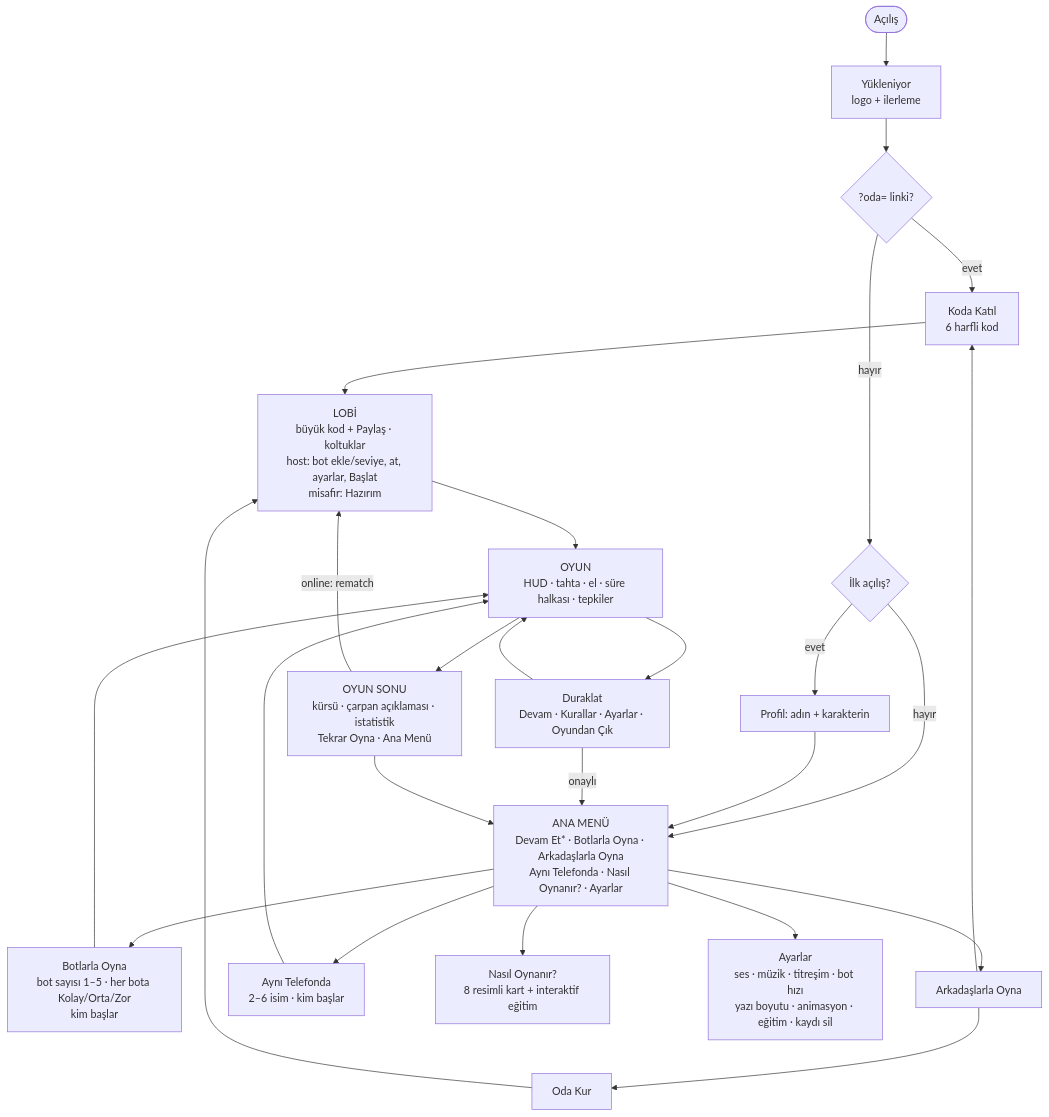
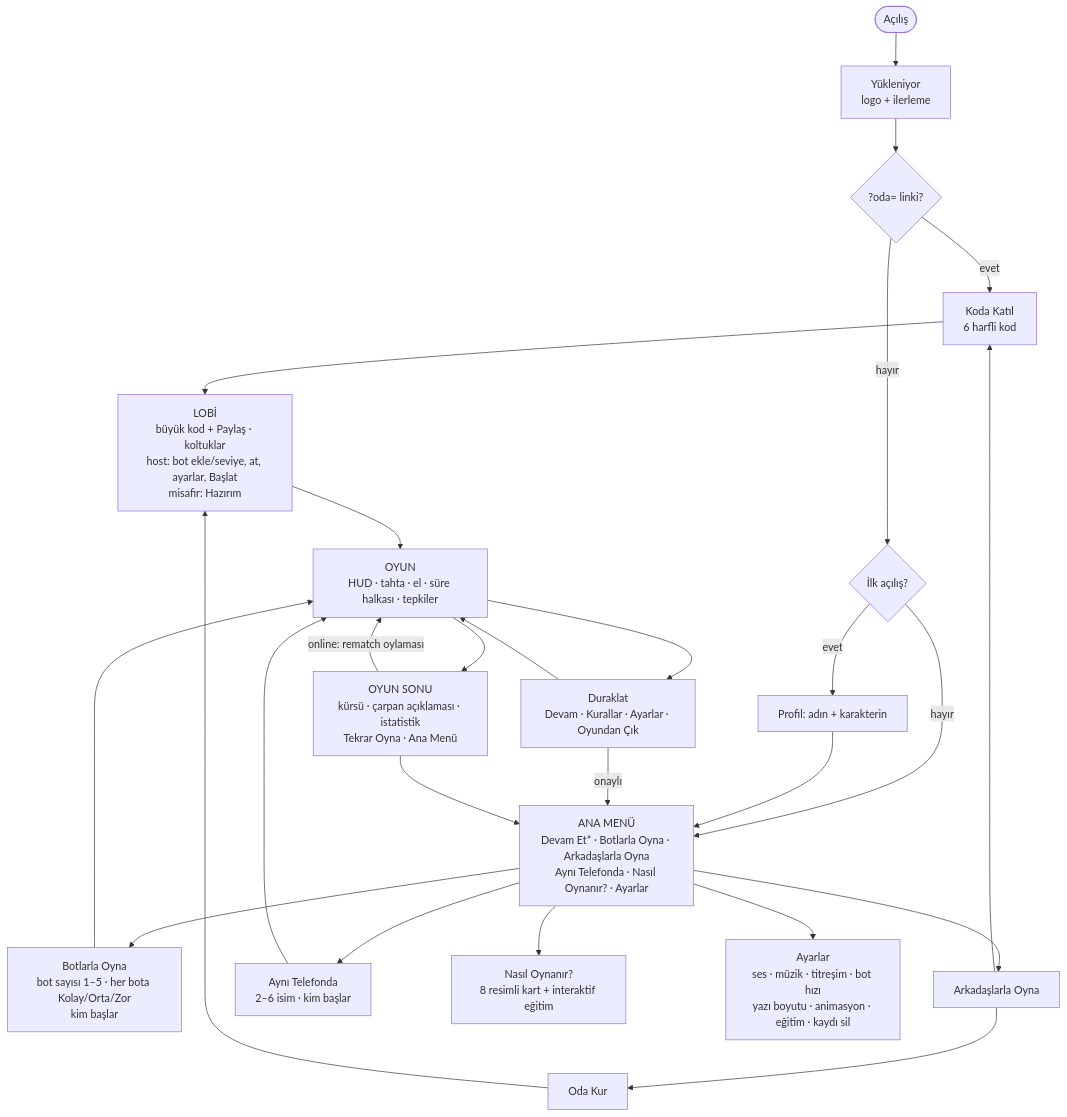
The fifth of 6 diagrams in docs/ARCHITECTURE.md (SSilistre-dev/ahilik-yolu), drawn with Mermaid before and after one commit. The commit also changed other lines of this file, not shown here.

Commit message:
docs(arch): self-hosted Node server on Dokploy, mobile shell, rematch flow

````diff
--- a/docs/ARCHITECTURE.md
+++ b/docs/ARCHITECTURE.md
@@ -270,26 +274,26 @@
 ```mermaid
 flowchart TD
   Boot([Açılış]) --> Splash["Yükleniyor<br/>logo + ilerleme"]
   Splash --> Deep{"?oda= linki?"}
   Deep -- evet --> Join
   Deep -- hayır --> First{"İlk açılış?"}
   First -- evet --> Profile["Profil: adın + karakterin"]
   First -- hayır --> Menu
   Profile --> Menu["ANA MENÜ<br/>Devam Et* · Botlarla Oyna · Arkadaşlarla Oyna<br/>Aynı Telefonda · Nasıl Oynanır? · Ayarlar"]
   Menu --> BotSetup["Botlarla Oyna<br/>bot sayısı 1–5 · her bota Kolay/Orta/Zor<br/>kim başlar"]
   Menu --> Friends["Arkadaşlarla Oyna"]
   Friends --> Create["Oda Kur"] --> Lobby
   Friends --> Join["Koda Katıl<br/>6 harfli kod"] --> Lobby["LOBİ<br/>büyük kod + Paylaş · koltuklar<br/>host: bot ekle/seviye, at, ayarlar, Başlat<br/>misafir: Hazırım"]
   Menu --> Local["Aynı Telefonda<br/>2–6 isim · kim başlar"]
   Menu --> HowTo["Nasıl Oynanır?<br/>8 resimli kart + interaktif eğitim"]
   Menu --> Settings["Ayarlar<br/>ses · müzik · titreşim · bot hızı<br/>yazı boyutu · animasyon · eğitim · kaydı sil"]
   BotSetup --> Game
   Local --> Game
   Lobby --> Game["OYUN<br/>HUD · tahta · el · süre halkası · tepkiler"]
   Game --> Pause["Duraklat<br/>Devam · Kurallar · Ayarlar · Oyundan Çık"]
   Pause --> Game
   Pause -->|onaylı| Menu
   Game --> End["OYUN SONU<br/>kürsü · çarpan açıklaması · istatistik<br/>Tekrar Oyna · Ana Menü"]
-  End -->|online: rematch| Lobby
+  End -->|online: rematch oylaması| Game
   End --> Menu
 ```
````
